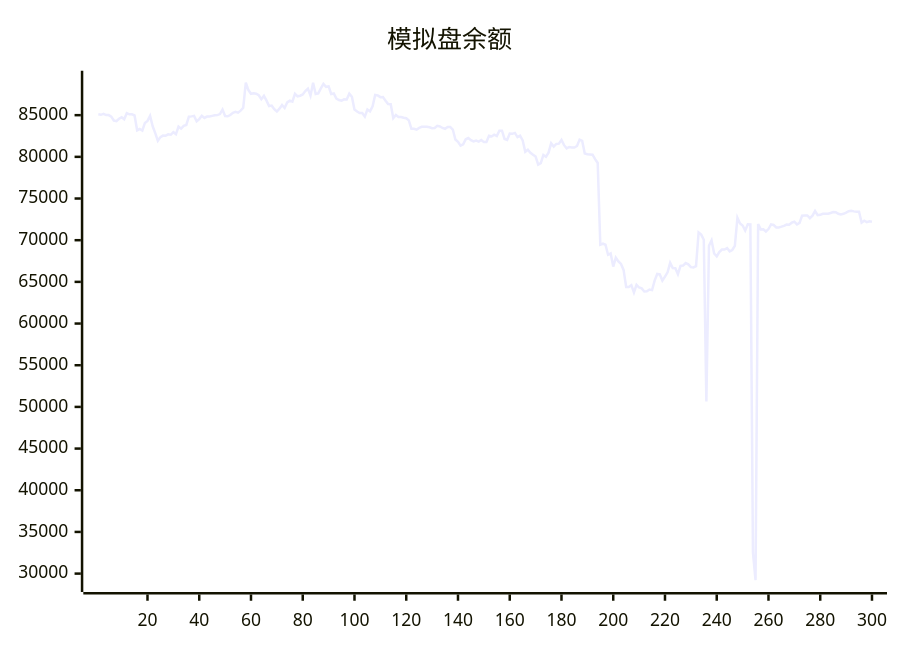
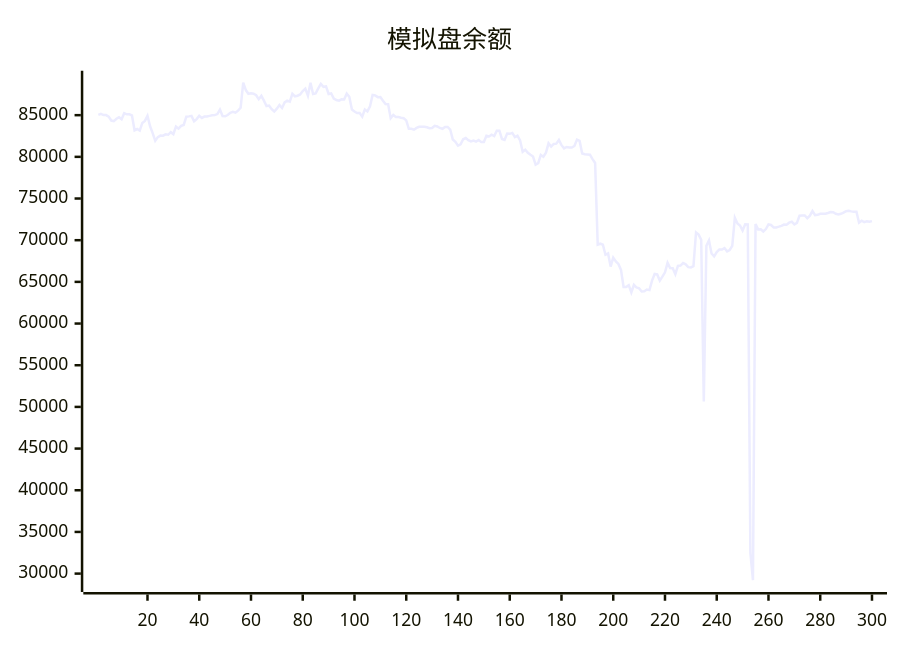
Before and after one commit to aahl/ai-trading: the diagram in README.md, drawn with Mermaid. The commit also changed other lines of this file and 1 other file, not shown here.

````diff
--- a/README.md
+++ b/README.md
@@ -5,5 +5,5 @@
 ```mermaid
 xychart
     title "模拟盘余额"
-    line [85111,85044,85164,85016,85008,84824,84354,84287,84572,84745,84500,85234,85096,85095,84970,83180,83338,83157,84070,84309,84922,83667,82850,81924,82369,82552,82539,82695,82648,82962,82728,83619,83378,83710,83825,84819,84854,84917,84265,84527,84919,84668,84834,84850,84916,84981,85004,85131,85674,84891,84864,85019,85284,85393,85294,85538,85894,88904,88012,87567,87625,87568,87386,86920,87313,86737,86094,86143,85725,85437,85787,86219,85859,86526,86740,86630,87563,87264,87335,87483,87886,88180,87335,88894,87544,87608,88207,88755,88401,88444,87543,87608,87000,86810,86740,86894,86884,87576,87209,85686,85435,85251,85255,84820,85689,85453,86066,87420,87373,87161,87178,86740,86341,86315,84643,85012,84772,84768,84690,84635,84376,83360,83357,83259,83474,83608,83606,83602,83548,83440,83454,83724,83644,83464,83365,83590,83592,83275,82072,81806,81344,81492,82109,82254,82006,81848,81955,81829,82022,81769,81776,82522,82441,82656,82498,83144,83144,82150,82038,82797,82763,82872,82367,82536,81981,80612,80862,80484,80242,80034,79063,79245,80226,80016,80507,81625,81233,81544,81578,82016,81401,81019,81186,81130,81118,81306,82066,81909,80392,80304,80291,80258,79729,79261,69466,69579,69456,68251,68415,66832,67911,67462,67144,66432,64380,64375,64606,63740,64647,64324,64216,63842,63877,64078,64008,65156,65945,65888,65157,65625,66144,67284,66653,66639,65924,66925,66956,67263,67108,66766,66729,66886,70927,70673,70049,50652,69334,69973,68400,68061,68578,68876,68879,69055,68662,68822,69329,72687,71999,71760,71162,71911,71896,32500,29218,71927,71297,71305,71044,71337,71883,71822,71536,71536,71622,71723,71880,71860,72100,72216,71887,72077,72940,72976,72966,72638,72948,73497,73004,73041,73173,73160,73186,73258,73375,73351,73173,73098,73161,73305,73474,73536,73457,73413,73412,72100,72333,72164,72272,72204]
+    line [85044,85164,85016,85008,84824,84354,84287,84572,84745,84500,85234,85096,85095,84970,83180,83338,83157,84070,84309,84922,83667,82850,81924,82369,82552,82539,82695,82648,82962,82728,83619,83378,83710,83825,84819,84854,84917,84265,84527,84919,84668,84834,84850,84916,84981,85004,85131,85674,84891,84864,85019,85284,85393,85294,85538,85894,88904,88012,87567,87625,87568,87386,86920,87313,86737,86094,86143,85725,85437,85787,86219,85859,86526,86740,86630,87563,87264,87335,87483,87886,88180,87335,88894,87544,87608,88207,88755,88401,88444,87543,87608,87000,86810,86740,86894,86884,87576,87209,85686,85435,85251,85255,84820,85689,85453,86066,87420,87373,87161,87178,86740,86341,86315,84643,85012,84772,84768,84690,84635,84376,83360,83357,83259,83474,83608,83606,83602,83548,83440,83454,83724,83644,83464,83365,83590,83592,83275,82072,81806,81344,81492,82109,82254,82006,81848,81955,81829,82022,81769,81776,82522,82441,82656,82498,83144,83144,82150,82038,82797,82763,82872,82367,82536,81981,80612,80862,80484,80242,80034,79063,79245,80226,80016,80507,81625,81233,81544,81578,82016,81401,81019,81186,81130,81118,81306,82066,81909,80392,80304,80291,80258,79729,79261,69466,69579,69456,68251,68415,66832,67911,67462,67144,66432,64380,64375,64606,63740,64647,64324,64216,63842,63877,64078,64008,65156,65945,65888,65157,65625,66144,67284,66653,66639,65924,66925,66956,67263,67108,66766,66729,66886,70927,70673,70049,50652,69334,69973,68400,68061,68578,68876,68879,69055,68662,68822,69329,72687,71999,71760,71162,71911,71896,32500,29218,71927,71297,71305,71044,71337,71883,71822,71536,71536,71622,71723,71880,71860,72100,72216,71887,72077,72940,72976,72966,72638,72948,73497,73004,73041,73173,73160,73186,73258,73375,73351,73173,73098,73161,73305,73474,73536,73457,73413,73412,72100,72333,72164,72272,72204,72285]
 ```
````
